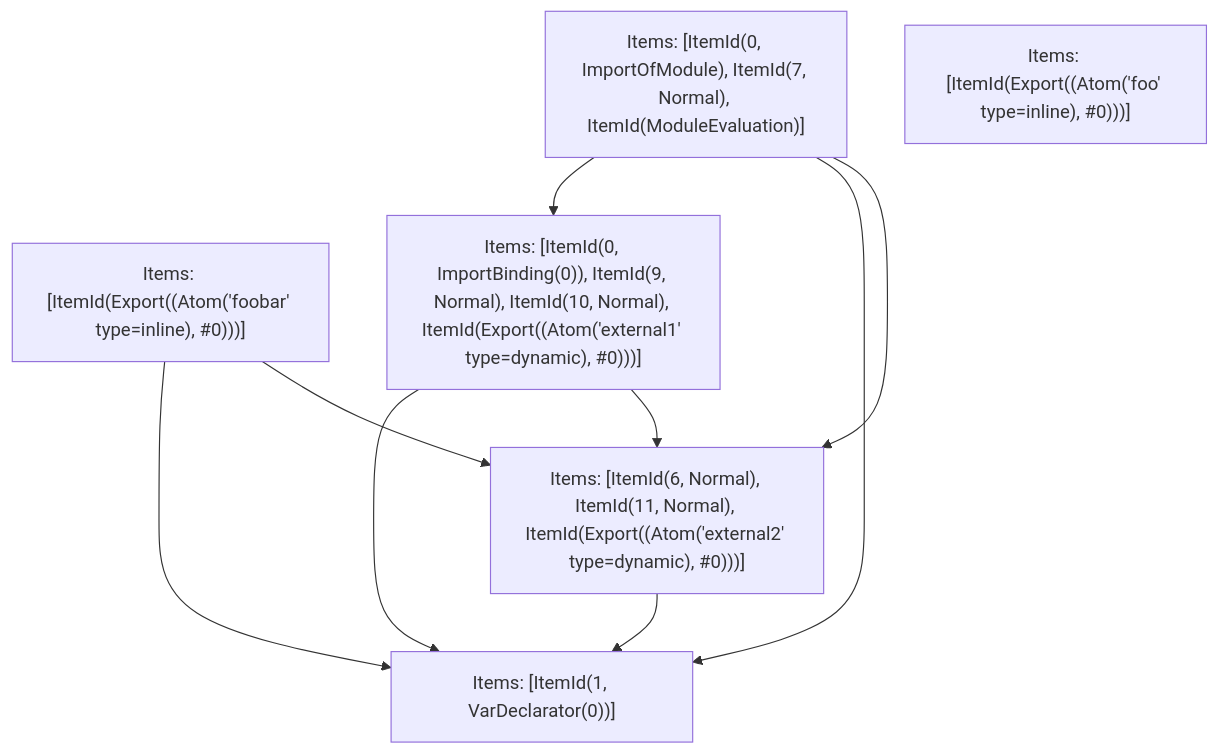
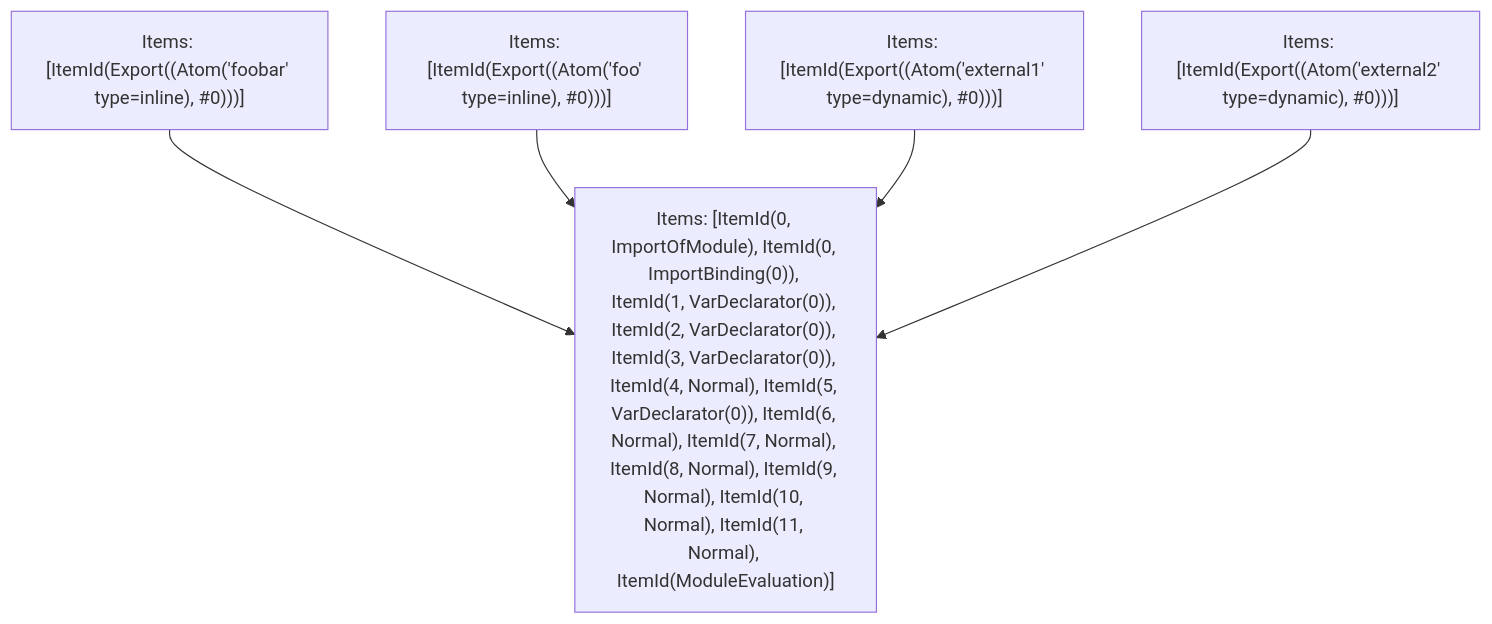
Before and after one commit to vercel/turborepo: the fifth of 5 diagrams in crates/turbopack-ecmascript/tests/tree-shaker/analyzer/1/output.md, drawn with Mermaid. The commit also changed other lines of this file and 3 other files, not shown here.

````diff
--- a/crates/turbopack-ecmascript/tests/tree-shaker/analyzer/1/output.md
+++ b/crates/turbopack-ecmascript/tests/tree-shaker/analyzer/1/output.md
@@ -341,17 +352,12 @@
 ```mermaid
 graph TD
-    N0["Items: [ItemId(0, ImportOfModule), ItemId(7, Normal), ItemId(ModuleEvaluation)]"];
+    N0["Items: [ItemId(0, ImportOfModule), ItemId(0, ImportBinding(0)), ItemId(1, VarDeclarator(0)), ItemId(2, VarDeclarator(0)), ItemId(3, VarDeclarator(0)), ItemId(4, Normal), ItemId(5, VarDeclarator(0)), ItemId(6, Normal), ItemId(7, Normal), ItemId(8, Normal), ItemId(9, Normal), ItemId(10, Normal), ItemId(11, Normal), ItemId(ModuleEvaluation)]"];
     N1["Items: [ItemId(Export((Atom('foobar' type=inline), #0)))]"];
     N2["Items: [ItemId(Export((Atom('foo' type=inline), #0)))]"];
-    N3["Items: [ItemId(0, ImportBinding(0)), ItemId(9, Normal), ItemId(10, Normal), ItemId(Export((Atom('external1' type=dynamic), #0)))]"];
-    N4["Items: [ItemId(6, Normal), ItemId(11, Normal), ItemId(Export((Atom('external2' type=dynamic), #0)))]"];
-    N5["Items: [ItemId(1, VarDeclarator(0))]"];
-    N0 --> N3;
-    N0 --> N5;
-    N0 --> N4;
-    N1 --> N5;
-    N1 --> N4;
-    N3 --> N5;
-    N3 --> N4;
-    N4 --> N5;
+    N3["Items: [ItemId(Export((Atom('external1' type=dynamic), #0)))]"];
+    N4["Items: [ItemId(Export((Atom('external2' type=dynamic), #0)))]"];
+    N1 --> N0;
+    N2 --> N0;
+    N3 --> N0;
+    N4 --> N0;
 ```
````
